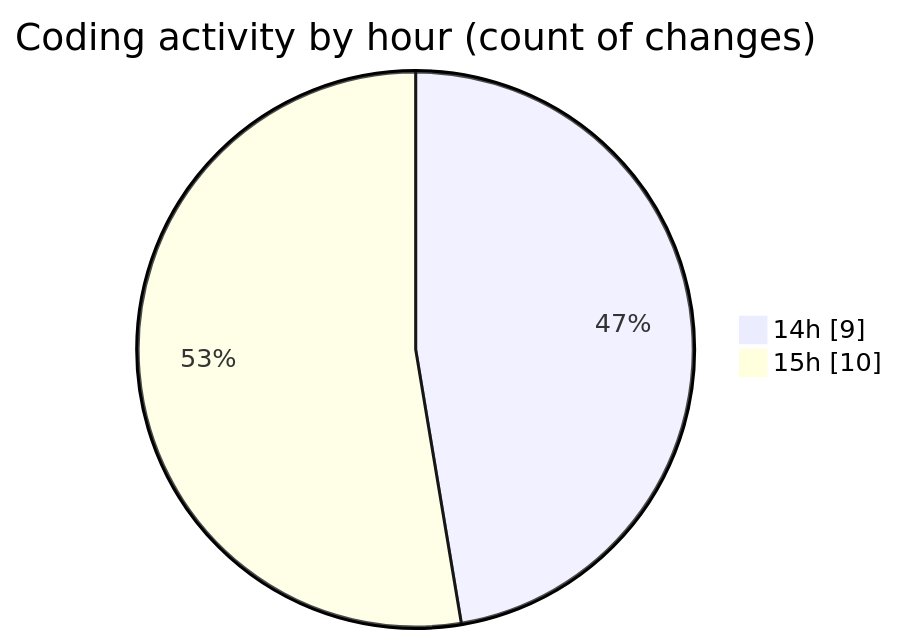
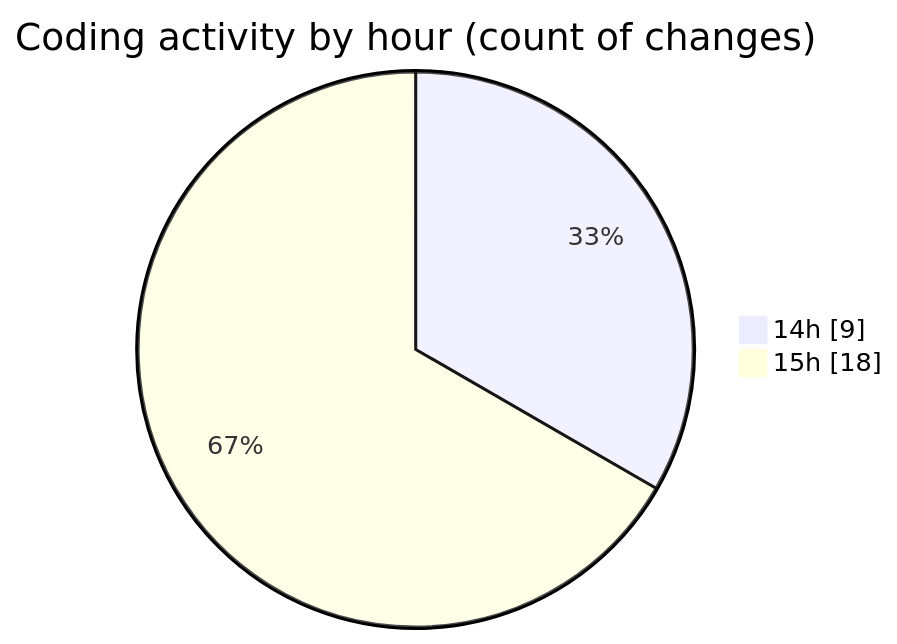
One commit to nxtqubesakshisongat/code-tracking changed the second of 2 diagrams in 2025-11-09/nxtqube_webapp/README.md. Above: the diagram before and after it, drawn with Mermaid. The commit also changed other lines of this file and 1 other file, not shown here.

````diff
--- a/2025-11-09/nxtqube_webapp/README.md
+++ b/2025-11-09/nxtqube_webapp/README.md
@@ -32,6 +35,6 @@
 ```mermaid
 pie showData
 title Coding activity by hour (count of changes)
 "14h" : 9
-"15h" : 10
+"15h" : 18
 ```
````
